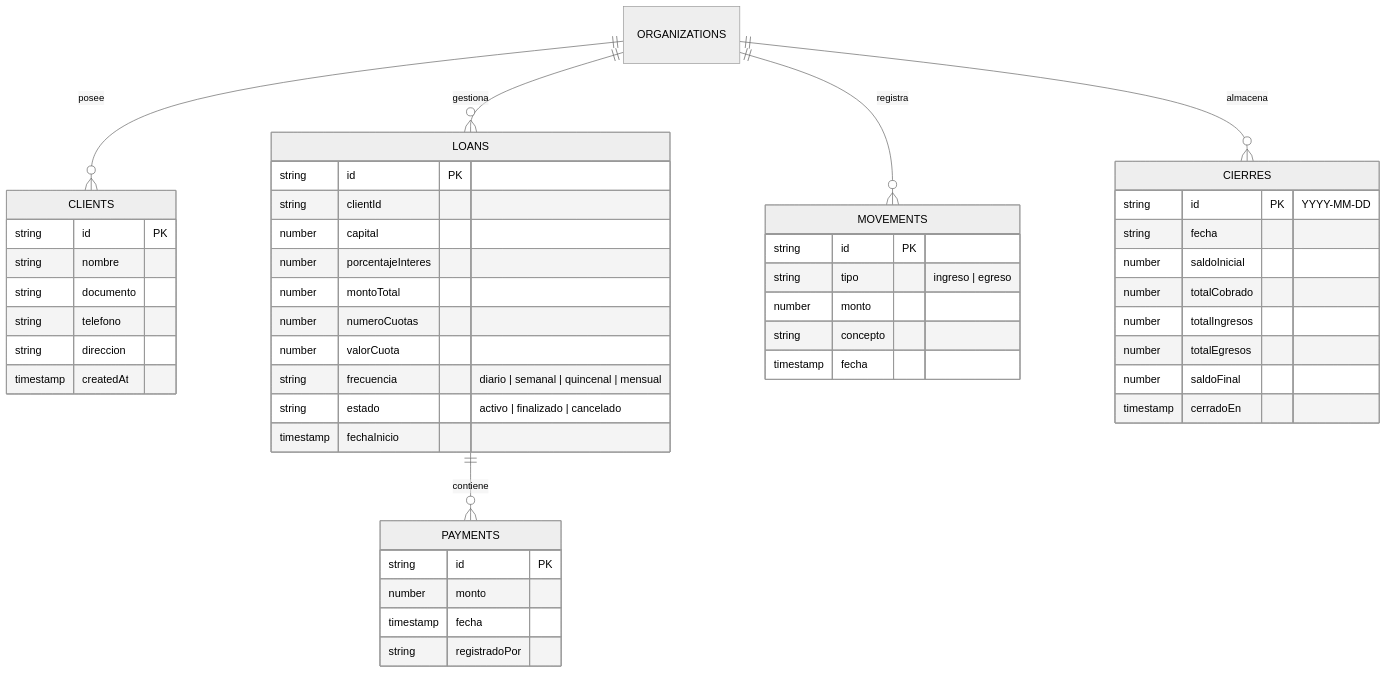
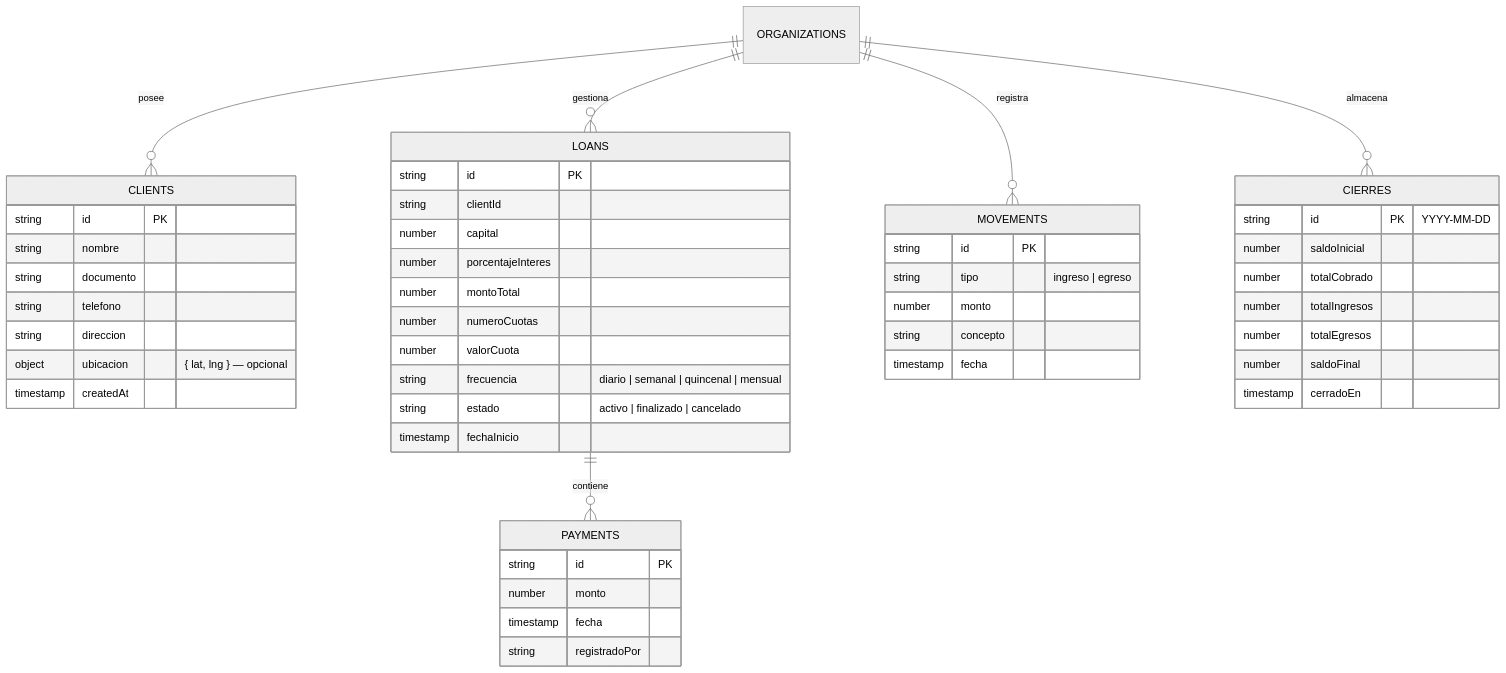
One commit to deyvidjgv/CobraDiarioApp changed the diagram in README.md. Above: the diagram before and after it, drawn with Mermaid (neutral theme). The commit also changed other lines of this file, not shown here.

````diff
--- a/README.md
+++ b/README.md
@@ -159,56 +168,56 @@
 ```mermaid
 erDiagram
     ORGANIZATIONS ||--o{ CLIENTS : posee
     ORGANIZATIONS ||--o{ LOANS : gestiona
     ORGANIZATIONS ||--o{ MOVEMENTS : registra
     ORGANIZATIONS ||--o{ CIERRES : almacena
     LOANS ||--o{ PAYMENTS : contiene
 
     CLIENTS {
         string id PK
         string nombre
         string documento
         string telefono
         string direccion
+        object ubicacion "{ lat, lng } — opcional"
         timestamp createdAt
     }
 
     LOANS {
         string id PK
         string clientId
         number capital
         number porcentajeInteres
         number montoTotal
         number numeroCuotas
         number valorCuota
         string frecuencia "diario | semanal | quincenal | mensual"
         string estado "activo | finalizado | cancelado"
         timestamp fechaInicio
     }
 
     PAYMENTS {
         string id PK
         number monto
         timestamp fecha
         string registradoPor
     }
 
     MOVEMENTS {
         string id PK
         string tipo "ingreso | egreso"
         number monto
         string concepto
         timestamp fecha
     }
 
     CIERRES {
         string id PK "YYYY-MM-DD"
-        string fecha
         number saldoInicial
         number totalCobrado
         number totalIngresos
         number totalEgresos
         number saldoFinal
         timestamp cerradoEn
     }
 ```
````
